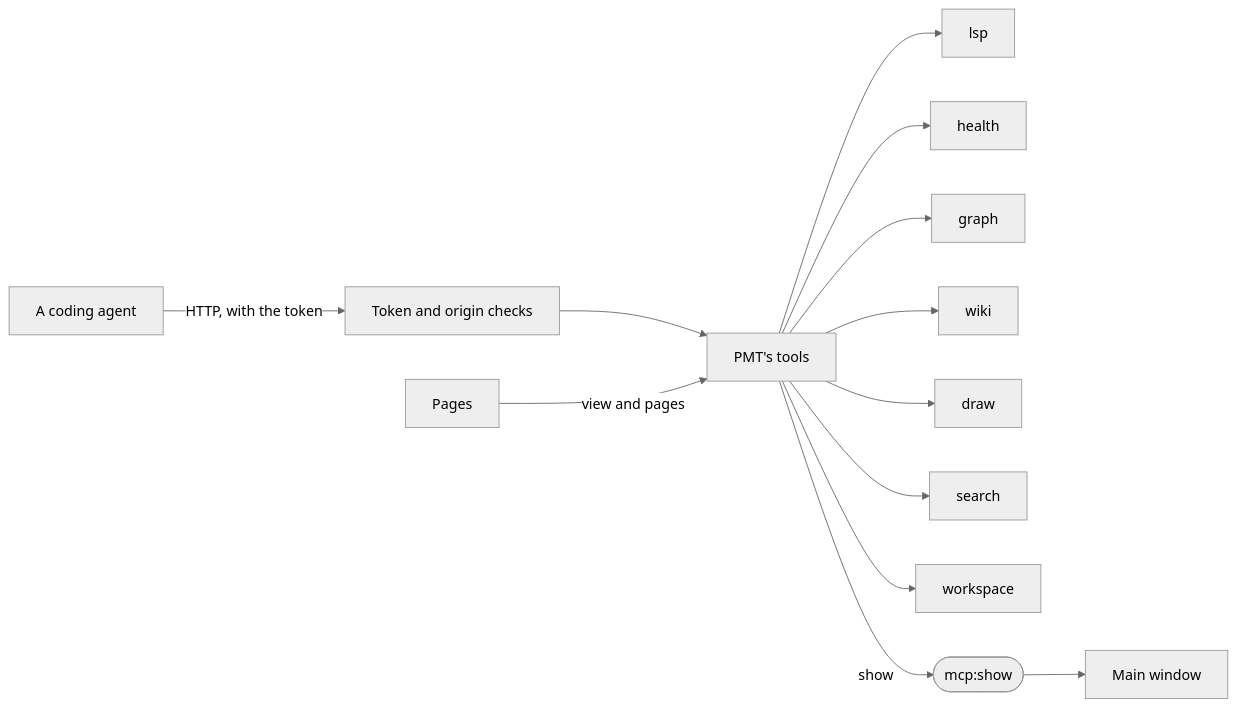
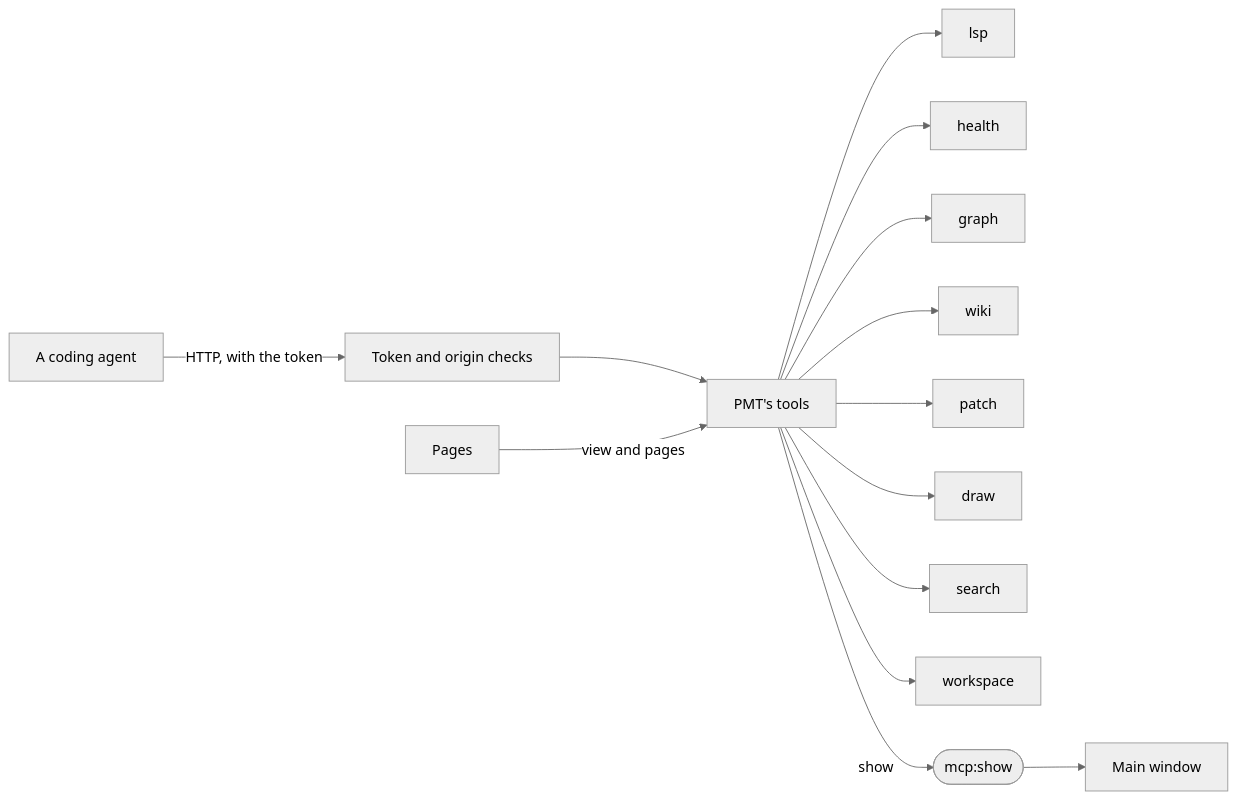
The diagram in services/mcp/README.md (idodavis/paradox-modding-tools), drawn with Mermaid (neutral theme) before and after one commit. The commit also changed other lines of this file and 80 other files, not shown here.

````diff
--- a/services/mcp/README.md
+++ b/services/mcp/README.md
@@ -19,9 +21,9 @@
 ```mermaid
 flowchart LR
   agentprog["A coding agent"] -->|"HTTP, with the token"| gate["Token and origin checks"]
   gate --> tools["PMT's tools"]
-  tools --> lsp & health & eventgraph["graph"] & wiki & draw & search & workspace
+  tools --> lsp & health & eventgraph["graph"] & wiki & patch & draw & search & workspace
   tools -->|show| event(["mcp:show"])
   event --> main["Main window"]
   pages["Pages"] -->|view and pages| tools
 ```
````
